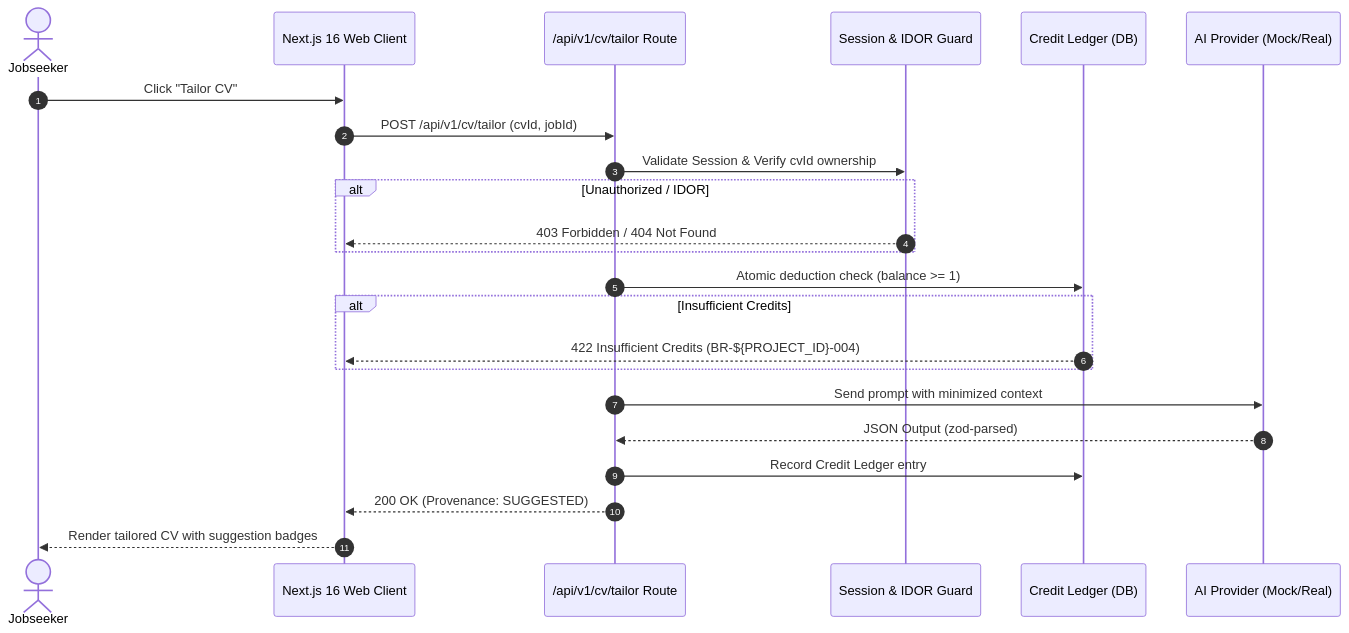
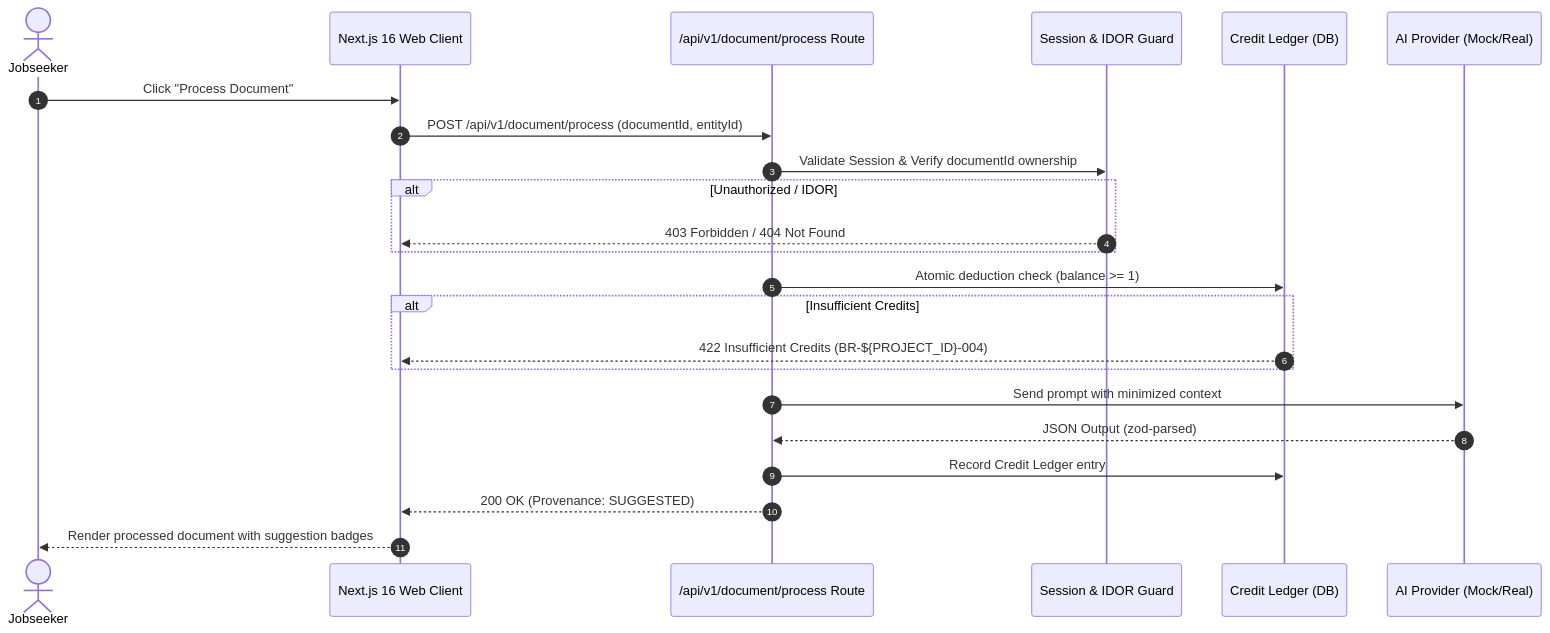
Before and after one commit to adjiehf231/AI-MASTER-ORCHESTRATOR-DEVELOPMENT: the second of 2 diagrams in skills/system-modeling/SKILL.md, drawn with Mermaid. The commit also changed other lines of this file and 139 other files, not shown here.

````diff
--- a/skills/system-modeling/SKILL.md
+++ b/skills/system-modeling/SKILL.md
@@ -40,26 +40,26 @@
 ```mermaid
 sequenceDiagram
     autonumber
     actor User as Jobseeker
     participant Client as Next.js 16 Web Client
-    participant API as /api/v1/cv/tailor Route
+    participant API as /api/v1/document/process Route
     participant Auth as Session & IDOR Guard
     participant Ledger as Credit Ledger (DB)
     participant AI as AI Provider (Mock/Real)
     
-    User->>Client: Click "Tailor CV"
-    Client->>API: POST /api/v1/cv/tailor (cvId, jobId)
-    API->>Auth: Validate Session & Verify cvId ownership
+    User->>Client: Click "Process Document"
+    Client->>API: POST /api/v1/document/process (documentId, entityId)
+    API->>Auth: Validate Session & Verify documentId ownership
     alt Unauthorized / IDOR
         Auth-->>Client: 403 Forbidden / 404 Not Found
     end
     API->>Ledger: Atomic deduction check (balance >= 1)
     alt Insufficient Credits
         Ledger-->>Client: 422 Insufficient Credits (BR-${PROJECT_ID}-004)
     end
     API->>AI: Send prompt with minimized context
     AI-->>API: JSON Output (zod-parsed)
     API->>Ledger: Record Credit Ledger entry
     API-->>Client: 200 OK (Provenance: SUGGESTED)
-    Client-->>User: Render tailored CV with suggestion badges
+    Client-->>User: Render processed document with suggestion badges
 ```
````
